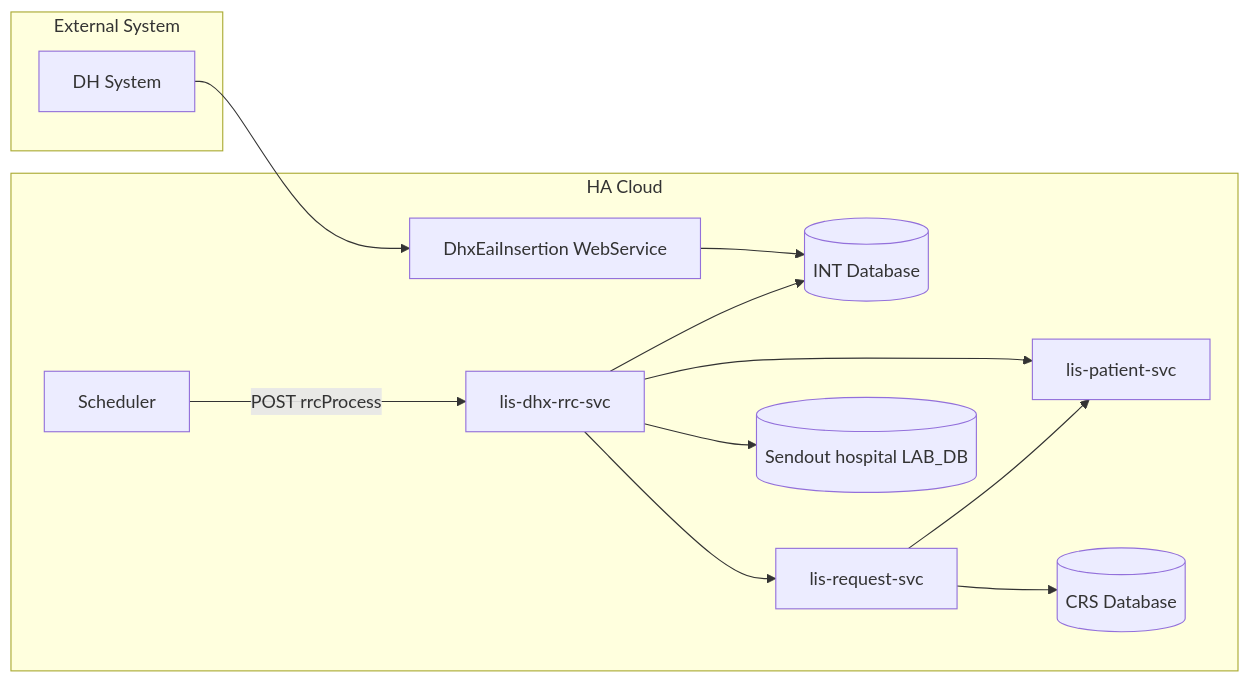
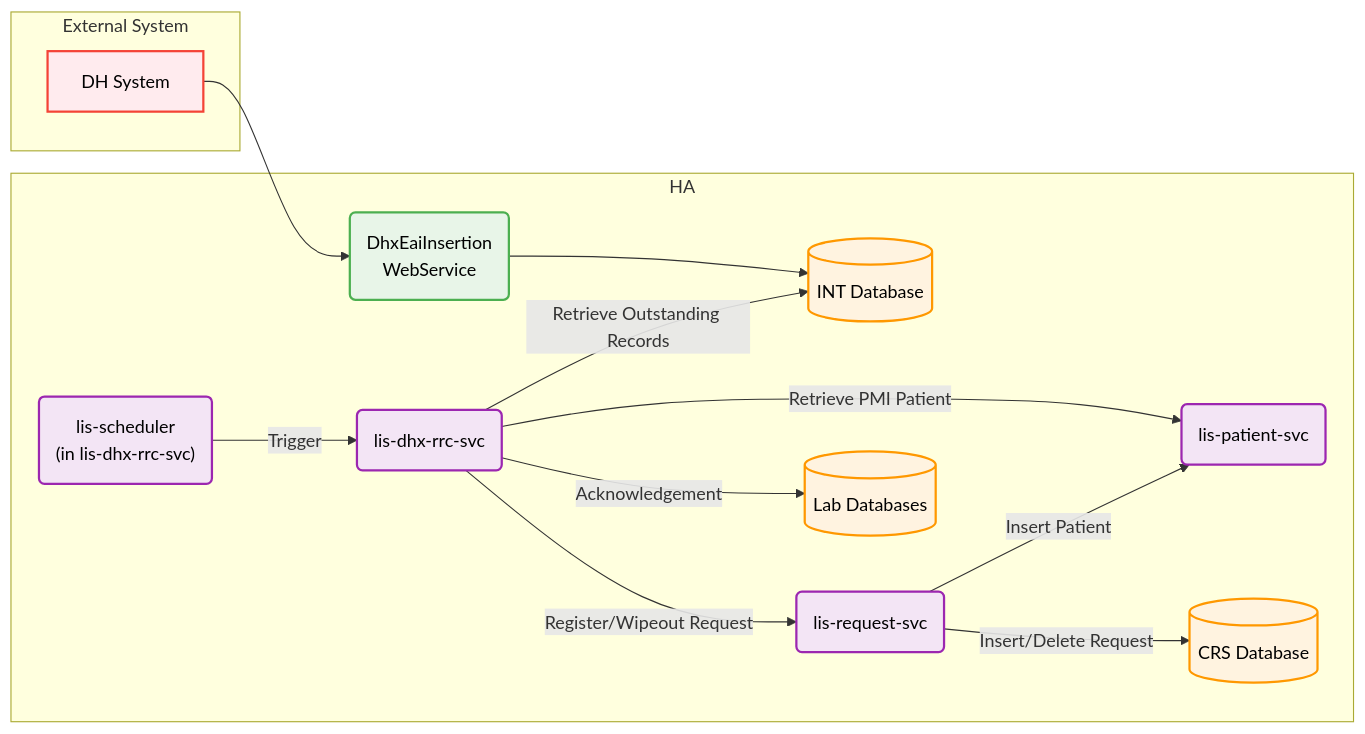
The third of 3 diagrams in LIS/JIRA/Develop cloud application `lis-dhx-rrc-svc` to replace the legacy RRC worker and support dynamic Sybase-PostgreSQL database connectivity during DB migration.md (DragonChong/HA-Notes), drawn with Mermaid before and after one commit. The commit also changed other lines of this file, not shown here.

Commit message:
vault backup: 2026-07-16 16:03:20

````diff
--- a/LIS/JIRA/Develop cloud application `lis-dhx-rrc-svc` to replace the legacy RRC worker and support dynamic Sybase-PostgreSQL database connectivity during DB migration.md
+++ b/LIS/JIRA/Develop cloud application `lis-dhx-rrc-svc` to replace the legacy RRC worker and support dynamic Sybase-PostgreSQL database connectivity during DB migration.md
@@ -192,24 +192,36 @@
 ```mermaid
 flowchart LR
     subgraph External["External System"]
-        DH["DH System"]
+            DH["DH System"]
     end
-    subgraph Internal["HA Cloud"]
-        WS["DhxEaiInsertion WebService"]
-        INT_DB[("INT Database")]
-        SCH["Scheduler"]
-        RRC["lis-dhx-rrc-svc"]
-        PAT["lis-patient-svc"]
-        REQ["lis-request-svc"]
-        CRS_DB[("CRS Database")]
-        LAB_DB[("Sendout hospital LAB_DB")]
+    subgraph Internal["HA"]
+            WS("DhxEaiInsertion <br> WebService")
+            INT_DB[("INT Database")]
+            SCH_SVC("lis-scheduler<br>(in lis-dhx-rrc-svc)")
+            RRC_SVC("lis-dhx-rrc-svc")
+            PAT_SVC("lis-patient-svc")
+            REQ_SVC("lis-request-svc")
+            CRS_DB[("CRS Database")]
+            LAB_DB[("Lab Databases")]
     end
-    DH --> WS --> INT_DB
-    SCH -->|POST rrcProcess| RRC
-    RRC --> INT_DB
-    RRC --> PAT
-    RRC --> REQ
-    REQ --> CRS_DB
-    REQ --> PAT
-    RRC --> LAB_DB
+    DH --> WS
+    WS --> INT_DB
+    SCH_SVC -- Trigger--> RRC_SVC
+    RRC_SVC -- Retrieve Outstanding Records --> INT_DB
+    RRC_SVC -- Retrieve PMI Patient --> PAT_SVC
+    RRC_SVC -- Register/Wipeout Request --> REQ_SVC
+    REQ_SVC -- Insert/Delete Request --> CRS_DB
+    REQ_SVC -- Insert Patient --> PAT_SVC
+    RRC_SVC -- Acknowledgement --> LAB_DB
+
+    classDef external fill:#ffebee,stroke:#f44336,stroke-width:2px,color:#000
+    classDef internal fill:#e3f2fd,stroke:#2196f3,stroke-width:2px,color:#000
+    classDef webservice fill:#e8f5e8,stroke:#4caf50,stroke-width:2px,color:#000
+    classDef database fill:#fff3e0,stroke:#ff9800,stroke-width:2px,color:#000
+    classDef service fill:#f3e5f5,stroke:#9c27b0,stroke-width:2px,color:#000
+
+    class DH external
+    class WS webservice
+    class INT_DB,CRS_DB,LAB_DB database
+    class RRC_SVC,PAT_SVC,REQ_SVC,SCH_SVC service
 ```
````
